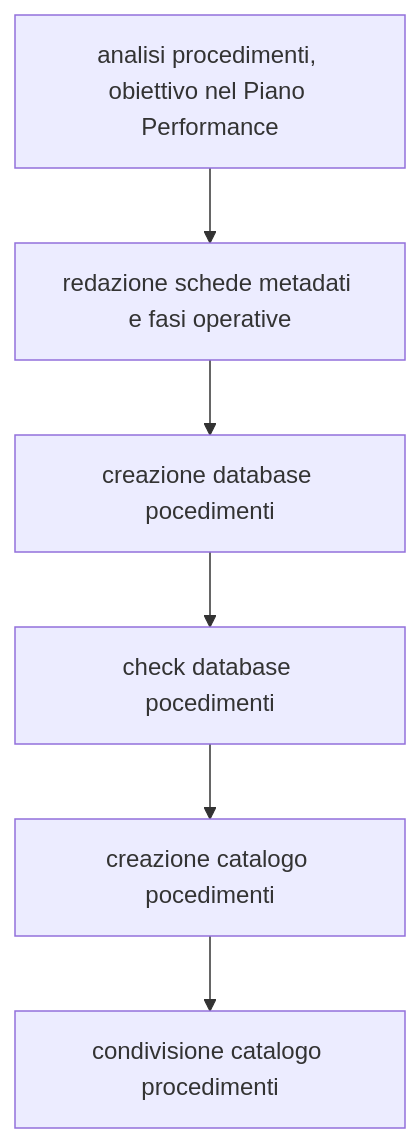
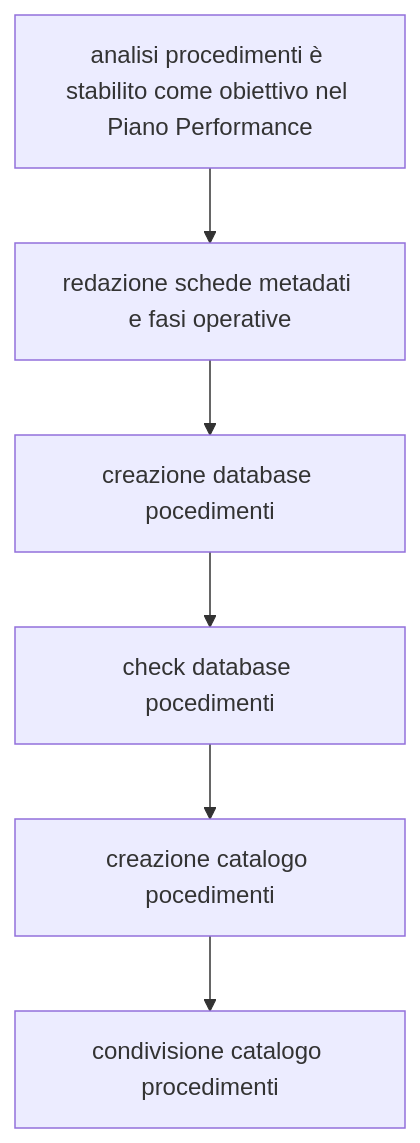
Before and after one commit to UO-TransizioneDigitaleComunePalermo/mappatura-procedimenti-amministrativi: the diagram in docs/index.md, drawn with Mermaid.

````diff
--- a/docs/index.md
+++ b/docs/index.md
@@ -24,4 +24,8 @@
 ``` mermaid
 graph TD
-A[analisi procedimenti, obiettivo nel Piano Performance] --> B[redazione schede metadati e fasi operative] --> C[creazione database pocedimenti] --> D[check database pocedimenti] --> E[creazione catalogo pocedimenti] --> F[condivisione catalogo procedimenti]
+A[analisi procedimenti è stabilito come obiettivo nel Piano Performance] --> B[redazione schede metadati e fasi operative]
+B --> C[creazione database pocedimenti] 
+C --> D[check database pocedimenti] 
+D --> E[creazione catalogo pocedimenti] 
+E --> F[condivisione catalogo procedimenti]
 ```
````
